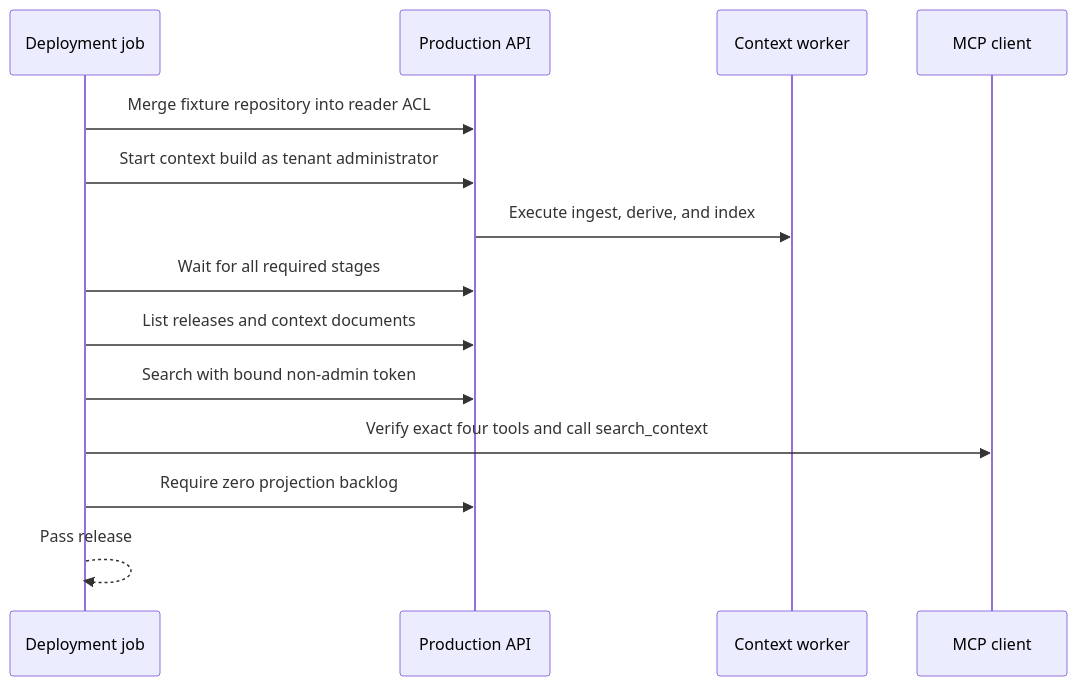
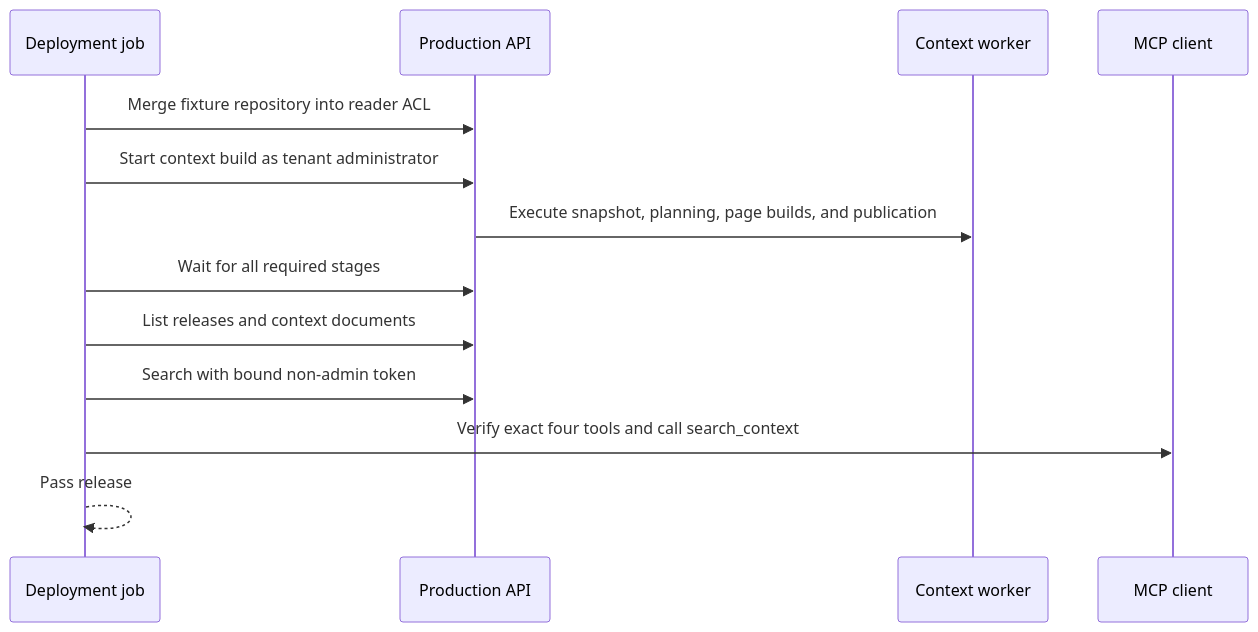
The ninth of 9 diagrams in docs/SEQUENCE_DIAGRAM.md (keon/jina-context-wiki-e2e-20260808), drawn with Mermaid before and after one commit. The commit also changed other lines of this file and 331 other files, not shown here.

````diff
--- a/docs/SEQUENCE_DIAGRAM.md
+++ b/docs/SEQUENCE_DIAGRAM.md
@@ -209,17 +247,16 @@
 ```mermaid
 sequenceDiagram
     participant CI as Deployment job
     participant API as Production API
     participant W as Context worker
     participant MCP as MCP client
 
     CI->>API: Merge fixture repository into reader ACL
     CI->>API: Start context build as tenant administrator
-    API->>W: Execute ingest, derive, and index
+    API->>W: Execute snapshot, planning, page builds, and publication
     CI->>API: Wait for all required stages
     CI->>API: List releases and context documents
     CI->>API: Search with bound non-admin token
     CI->>MCP: Verify exact four tools and call search_context
-    CI->>API: Require zero projection backlog
     CI-->>CI: Pass release
 ```
````
